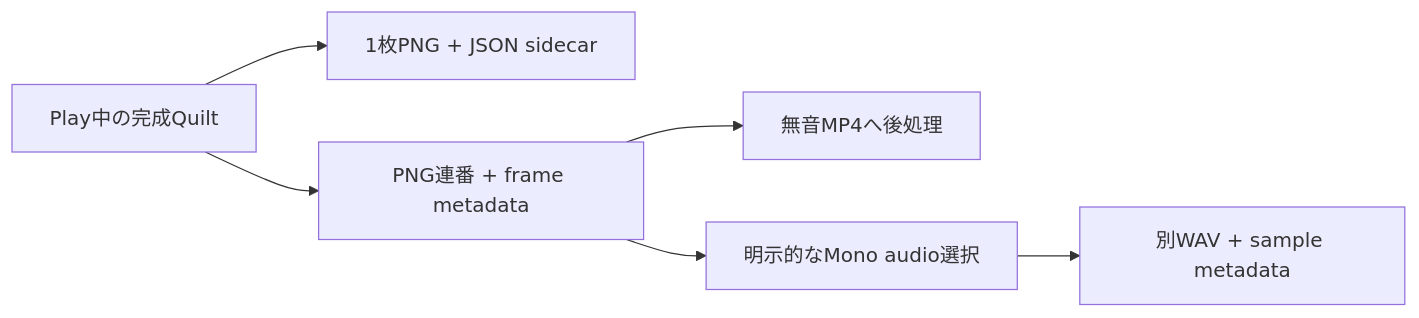
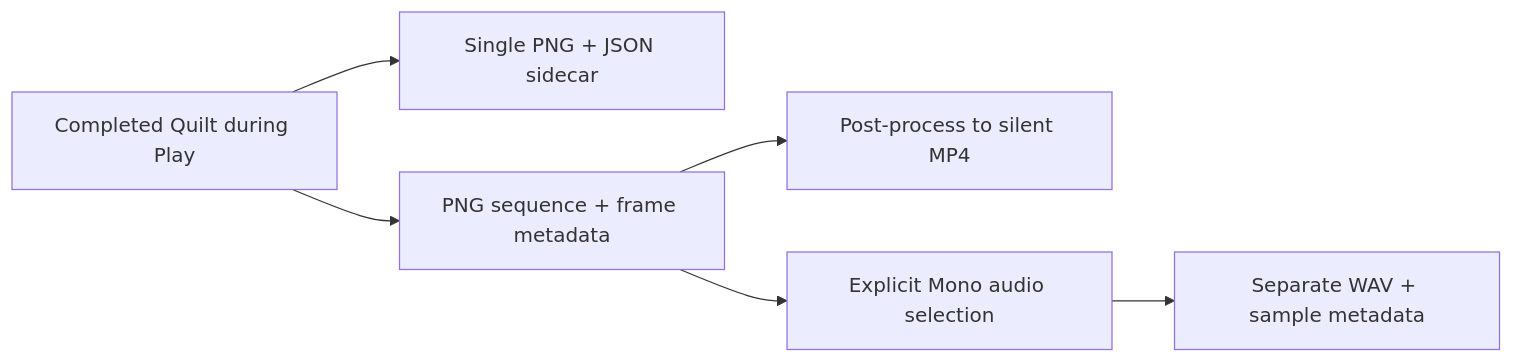
Before and after one commit to zabaglione/ViewWeave: the diagram in docs/quilt-capture.md, drawn with Mermaid. The commit also changed other lines of this file and 68 other files, not shown here.

````diff
--- a/docs/quilt-capture.md
+++ b/docs/quilt-capture.md
@@ -7,8 +9,8 @@
 ```mermaid
 flowchart LR
-    Render["Play中の完成Quilt"] --> Save["1枚PNG + JSON sidecar"]
-    Render --> Sequence["PNG連番 + frame metadata"]
-    Sequence --> Silent["無音MP4へ後処理"]
-    Audio["明示的なMono audio選択"] --> Wave["別WAV + sample metadata"]
+    Render["Completed Quilt during Play"] --> Save["Single PNG + JSON sidecar"]
+    Render --> Sequence["PNG sequence + frame metadata"]
+    Sequence --> Silent["Post-process to silent MP4"]
+    Audio["Explicit Mono audio selection"] --> Wave["Separate WAV + sample metadata"]
     Sequence --> Audio
 ```
````
